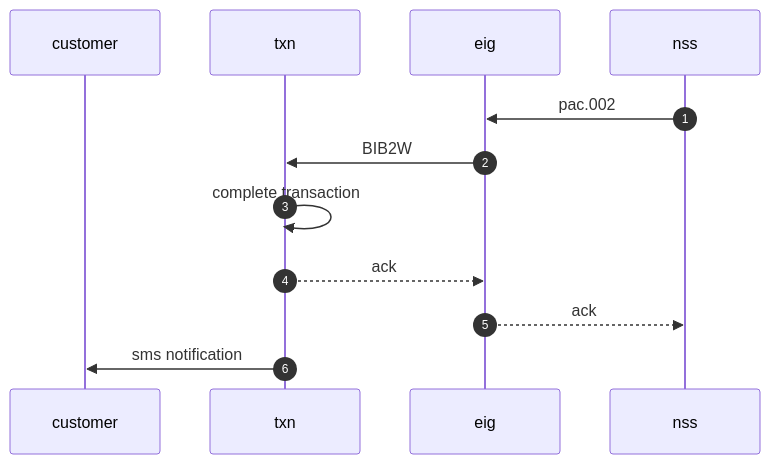
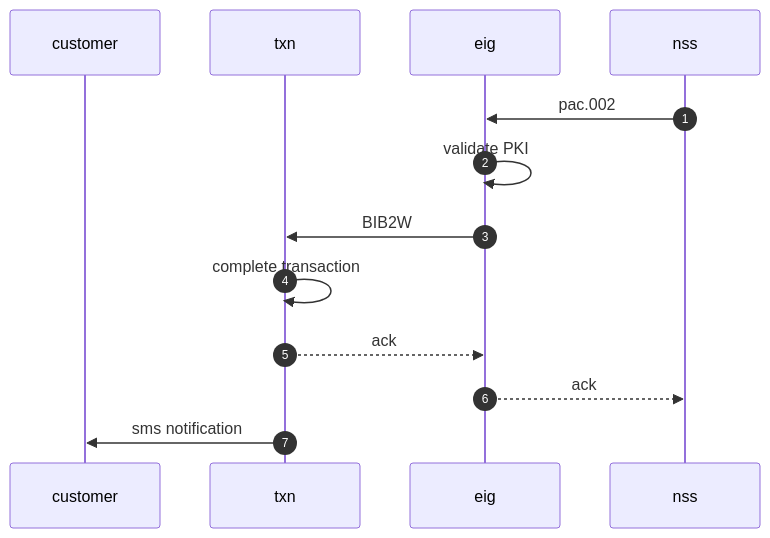
Before and after one commit to kiswend/NSS: the diagram in receive.md, drawn with Mermaid. The commit also changed 3 other files, not shown here.

````diff
--- a/receive.md
+++ b/receive.md
@@ -2,15 +2,16 @@
 ```mermaid
 sequenceDiagram
     autonumber
     participant customer
     participant txn
     participant eig
     participant nss
 
     nss ->> eig: pac.002
+    eig ->> eig: validate PKI
     eig ->> txn: BIB2W
     txn ->> txn: complete transaction
     txn -->> eig: ack
     eig -->> nss: ack
     txn ->> customer: sms notification
 ```
````
